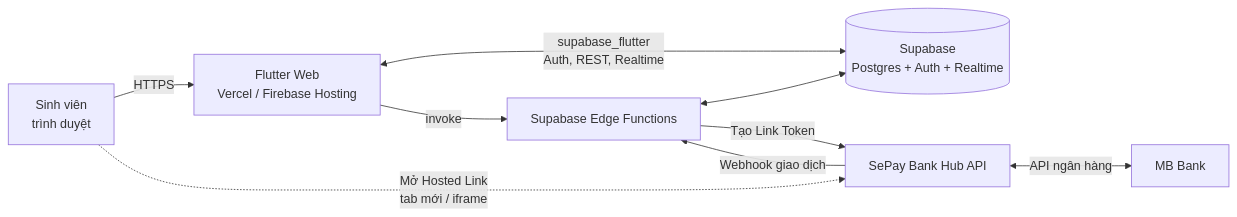
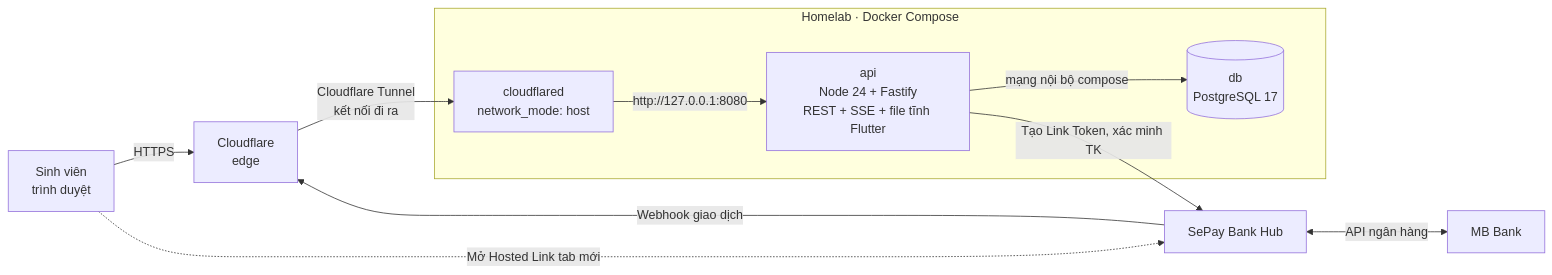
The first of 3 diagrams in SYSTEM_SPEC.md (PhamNam342/ITSS2), drawn with Mermaid before and after one commit. The commit also changed other lines of this file and 37 other files, not shown here.

First line of the commit message:
Sprint 1: homelab skeleton (Node/Postgres/Flutter Web) + spec v2.0

````diff
--- a/SYSTEM_SPEC.md
+++ b/SYSTEM_SPEC.md
@@ -83,11 +87,13 @@
 ```mermaid
 flowchart LR
-    U[Sinh viên<br/>trình duyệt] -->|HTTPS| FW[Flutter Web<br/>Vercel / Firebase Hosting]
-    FW <-->|supabase_flutter<br/>Auth, REST, Realtime| SB[(Supabase<br/>Postgres + Auth + Realtime)]
-    FW -->|invoke| EF[Supabase Edge Functions]
-    EF <--> SB
-    EF -->|Tạo Link Token| SP[SePay Bank Hub API]
-    SP -->|Webhook giao dịch| EF
+    U[Sinh viên<br/>trình duyệt] -->|HTTPS| CF[Cloudflare<br/>edge]
+    SP[SePay Bank Hub] -->|Webhook giao dịch| CF
+    CF -->|Cloudflare Tunnel<br/>kết nối đi ra| CD[cloudflared<br/>network_mode: host]
+    subgraph HL[Homelab · Docker Compose]
+        CD -->|http://127.0.0.1:8080| API[api<br/>Node 24 + Fastify<br/>REST + SSE + file tĩnh Flutter]
+        API -->|mạng nội bộ compose| DB[(db<br/>PostgreSQL 17)]
+    end
+    API -->|Tạo Link Token, xác minh TK| SP
     SP <-->|API ngân hàng| MB[MB Bank]
-    U -.->|Mở Hosted Link<br/>tab mới / iframe| SP
+    U -.->|Mở Hosted Link tab mới| SP
 ```
````
